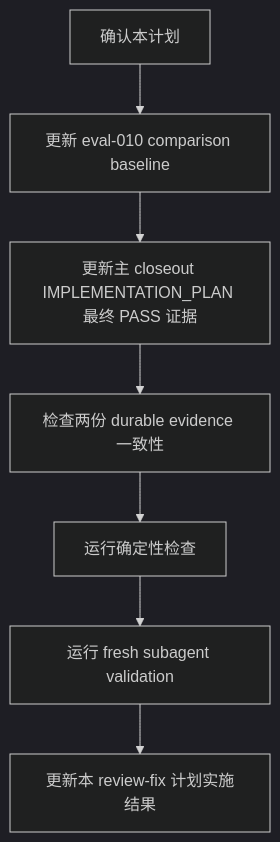
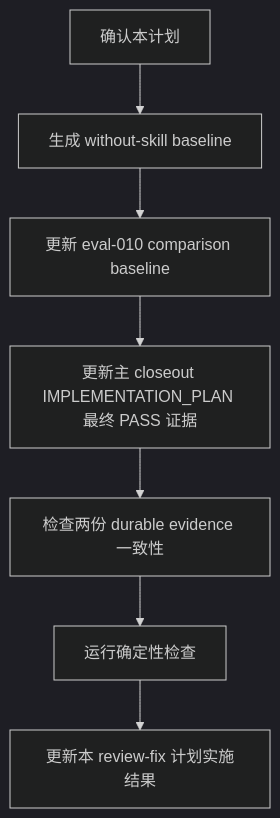
One commit to Neplich/dev-agent-skills changed the diagram in docs/engineer/implementation-plan-closeout-gate-review-fix/IMPLEMENTATION_PLAN.md. Above: the diagram before and after it, drawn with Mermaid (dark theme). The commit also changed other lines of this file and 2 other files, not shown here.

First line of the commit message:
fix: 记录 eval baseline 实际结果

````diff
--- a/docs/engineer/implementation-plan-closeout-gate-review-fix/IMPLEMENTATION_PLAN.md
+++ b/docs/engineer/implementation-plan-closeout-gate-review-fix/IMPLEMENTATION_PLAN.md
@@ -64,9 +65,9 @@
 ```mermaid
 flowchart TD
-    A["确认本计划"] --> B["更新 eval-010 comparison baseline"]
-    B --> C["更新主 closeout IMPLEMENTATION_PLAN 最终 PASS 证据"]
-    C --> D["检查两份 durable evidence 一致性"]
-    D --> E["运行确定性检查"]
-    E --> F["运行 fresh subagent validation"]
+    A["确认本计划"] --> B["生成 without-skill baseline"]
+    B --> C["更新 eval-010 comparison baseline"]
+    C --> D["更新主 closeout IMPLEMENTATION_PLAN 最终 PASS 证据"]
+    D --> E["检查两份 durable evidence 一致性"]
+    E --> F["运行确定性检查"]
     F --> G["更新本 review-fix 计划实施结果"]
 ```
````
